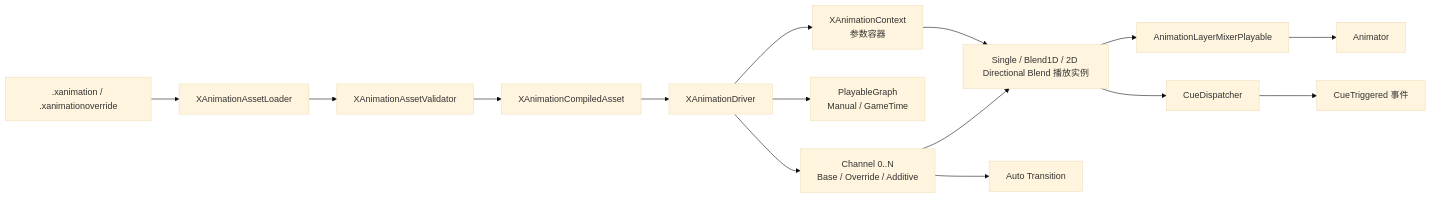
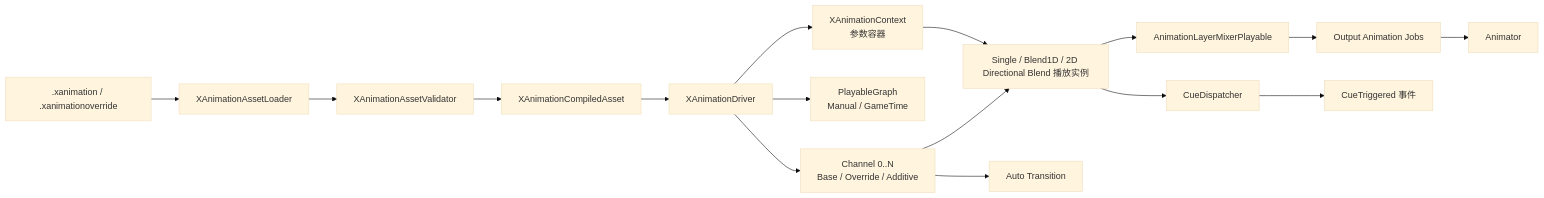
Before and after one commit to xdedzl/XAnimation: the first of 2 diagrams in Doc/XAnimation.md, drawn with Mermaid (base theme). The commit also changed other lines of this file and 22 other files, not shown here.

````diff
--- a/Doc/XAnimation.md
+++ b/Doc/XAnimation.md
@@ -31,21 +31,22 @@
 ```mermaid
 flowchart LR
     A[".xanimation / .xanimationoverride"] --> B["XAnimationAssetLoader"]
     B --> C["XAnimationAssetValidator"]
     C --> D["XAnimationCompiledAsset"]
 
     D --> E["XAnimationDriver"]
     E --> F["XAnimationContext<br/>参数容器"]
     E --> H["PlayableGraph<br/>Manual / GameTime"]
     E --> I["Channel 0..N<br/>Base / Override / Additive"]
     I --> J["Single / Blend1D / 2D Directional Blend 播放实例"]
 
     F --> J
     J --> K["AnimationLayerMixerPlayable"]
-    K --> L["Animator"]
+    K --> O["Output Animation Jobs"]
+    O --> L["Animator"]
 
     J --> M["CueDispatcher"]
     I --> N["Auto Transition"]
 
     M --> P["CueTriggered 事件"]
 ```
````
